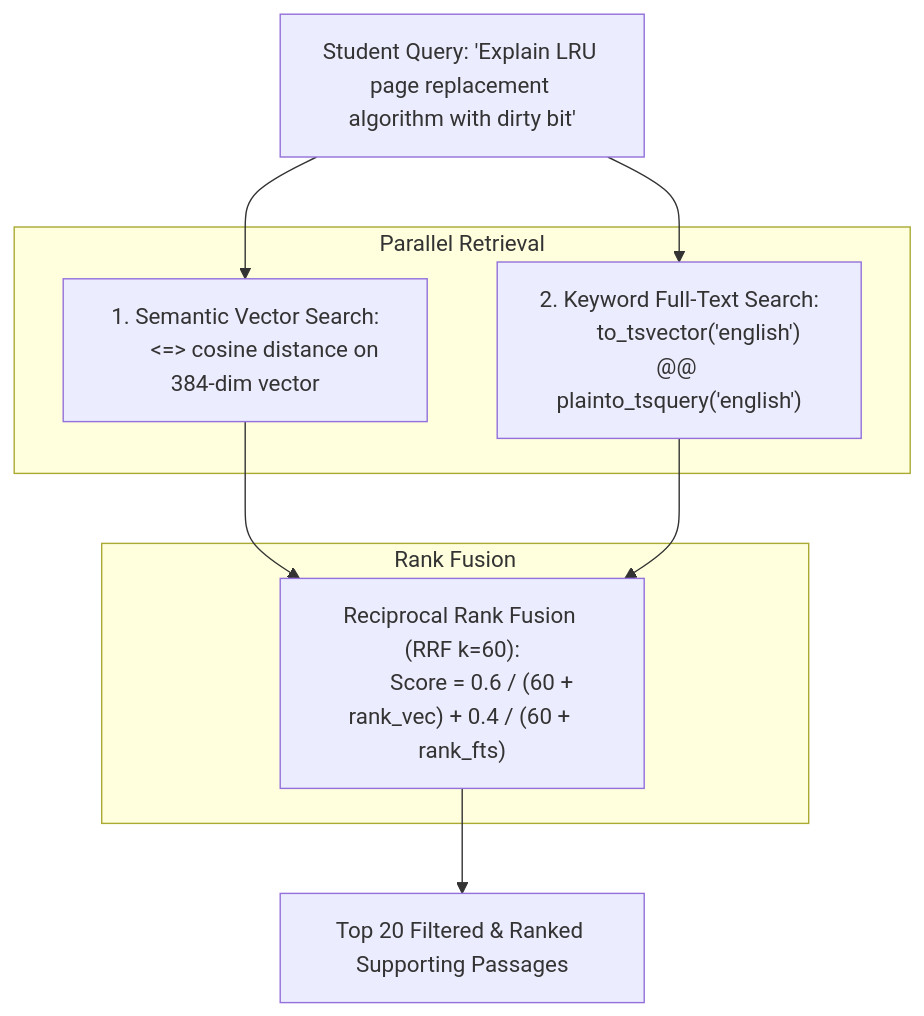
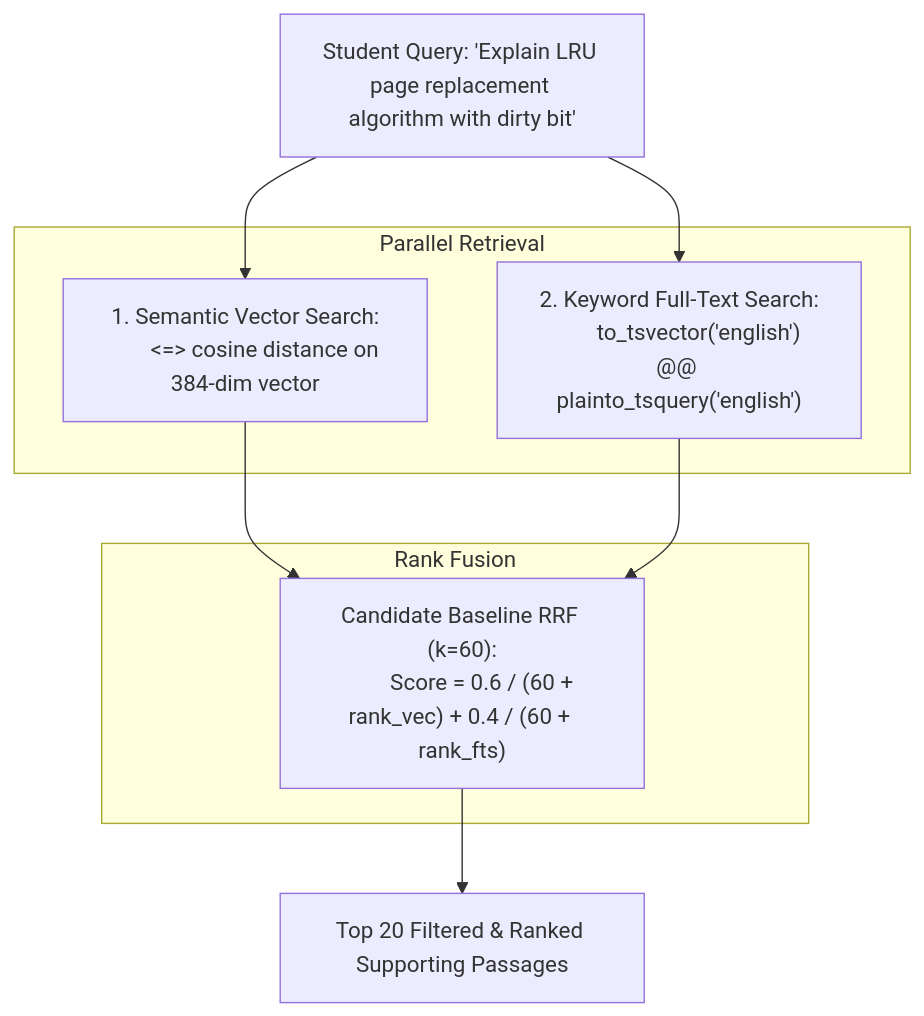
The diagram in docs/phase4/RETRIEVAL_AND_EMBEDDING_DESIGN.md (rimmon1234/RagBait), drawn with Mermaid before and after one commit. The commit also changed other lines of this file and 11 other files, not shown here.

Commit message:
docs(phase4): refine embedding, provenance and generation architecture

````diff
--- a/docs/phase4/RETRIEVAL_AND_EMBEDDING_DESIGN.md
+++ b/docs/phase4/RETRIEVAL_AND_EMBEDDING_DESIGN.md
@@ -84,25 +121,25 @@
 ```mermaid
 flowchart TD
     Query["Student Query: 'Explain LRU page replacement algorithm with dirty bit'"]
     
     subgraph Parallel Retrieval
         Semantic["1. Semantic Vector Search:
         <=> cosine distance on 384-dim vector"]
         FTS["2. Keyword Full-Text Search:
         to_tsvector('english') @@ plainto_tsquery('english')"]
     end
     
     Query --> Semantic
     Query --> FTS
     
     subgraph Rank Fusion
-        RRF["Reciprocal Rank Fusion (RRF k=60):
+        RRF["Candidate Baseline RRF (k=60):
         Score = 0.6 / (60 + rank_vec) + 0.4 / (60 + rank_fts)"]
     end
     
     Semantic --> RRF
     FTS --> RRF
     
     TopK["Top 20 Filtered & Ranked Supporting Passages"]
     RRF --> TopK
 ```
````
